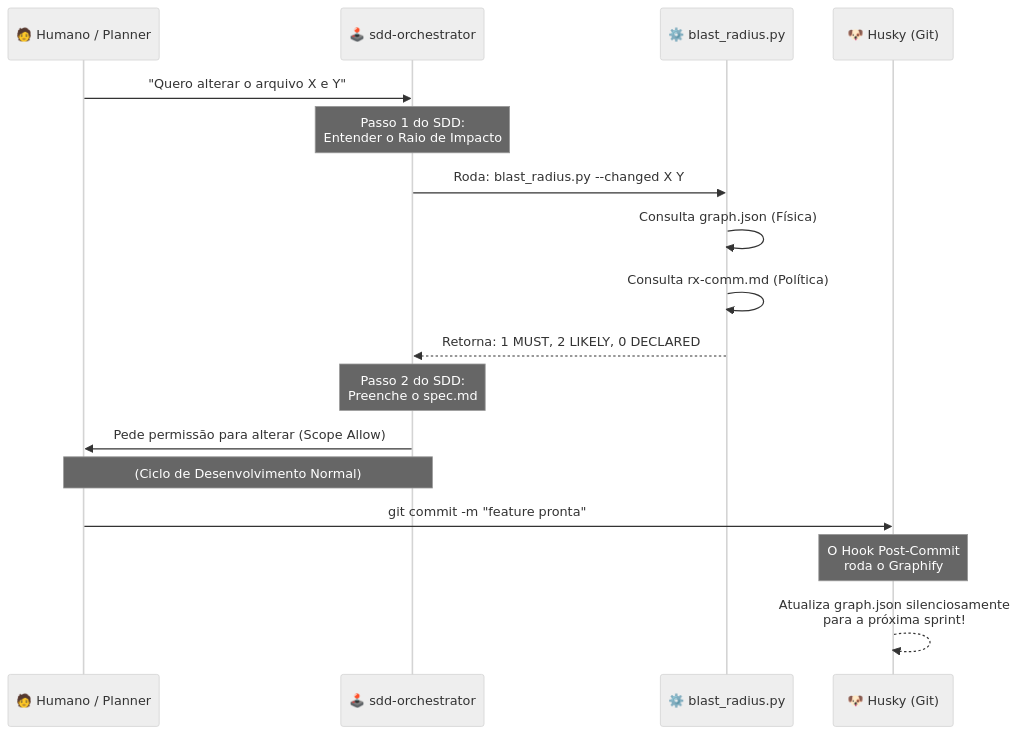
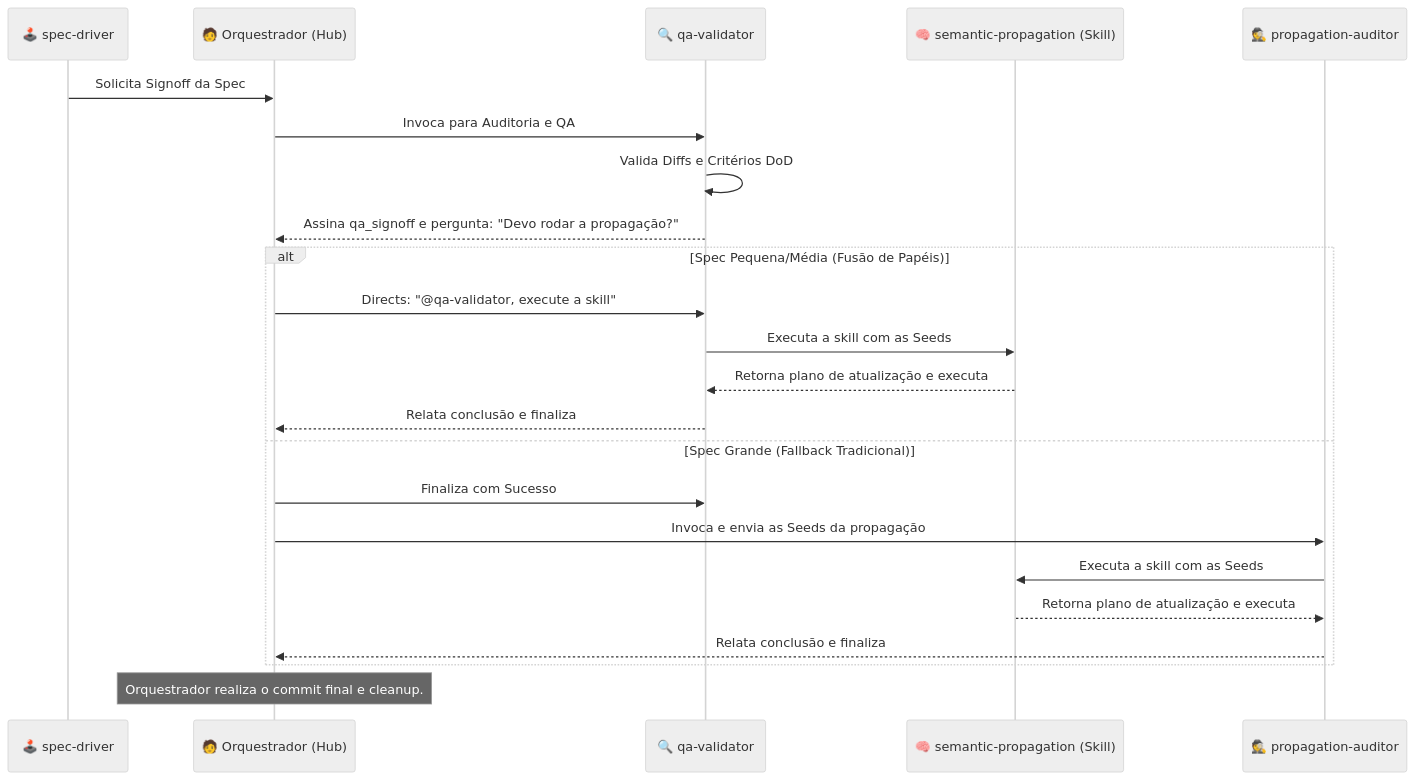
One commit to TalesAvancini/landingpg-crm changed the second of 2 diagrams in .context/brain/FLOW_PROPAGATION.md. Above: the diagram before and after it, drawn with Mermaid (neutral theme). The commit also changed other lines of this file and 6 other files, not shown here.

Commit message:
chore(propagation): implement semantic propagation skill and orchestrator role fusion

````diff
--- a/.context/brain/FLOW_PROPAGATION.md
+++ b/.context/brain/FLOW_PROPAGATION.md
@@ -106,26 +115,28 @@
 ```mermaid
 sequenceDiagram
-    participant Dev as 🧑 Humano / Planner
-    participant SDD as 🕹️ sdd-orchestrator
-    participant Script as ⚙️ blast_radius.py
-    participant Husky as 🐶 Husky (Git)
+    participant SD as 🕹️ spec-driver
+    participant Hub as 🧑 Orquestrador (Hub)
+    participant QA as 🔍 qa-validator
+    participant Skill as 🧠 semantic-propagation (Skill)
+    participant Aud as 🕵️ propagation-auditor
 
-    Dev->>SDD: "Quero alterar o arquivo X e Y"
-    Note over SDD: Passo 1 do SDD:<br/>Entender o Raio de Impacto
+    SD->>Hub: Solicita Signoff da Spec
+    Hub->>QA: Invoca para Auditoria e QA
+    QA->>QA: Valida Diffs e Critérios DoD
+    QA-->>Hub: Assina qa_signoff e pergunta: "Devo rodar a propagação?"
     
-    SDD->>Script: Roda: blast_radius.py --changed X Y
+    alt Spec Pequena/Média (Fusão de Papéis)
+        Hub->>QA: Directs: "@qa-validator, execute a skill"
+        QA->>Skill: Executa a skill com as Seeds
+        Skill-->>QA: Retorna plano de atualização e executa
+        QA-->>Hub: Relata conclusão e finaliza
+    else Spec Grande (Fallback Tradicional)
+        Hub->>QA: Finaliza com Sucesso
+        Hub->>Aud: Invoca e envia as Seeds da propagação
+        Aud->>Skill: Executa a skill com as Seeds
+        Skill-->>Aud: Retorna plano de atualização e executa
+        Aud-->>Hub: Relata conclusão e finaliza
+    end
     
-    Script->>Script: Consulta graph.json (Física)
-    Script->>Script: Consulta rx-comm.md (Política)
-    
-    Script-->>SDD: Retorna: 1 MUST, 2 LIKELY, 0 DECLARED
-    
-    Note over SDD: Passo 2 do SDD:<br/>Preenche o spec.md
-    SDD->>Dev: Pede permissão para alterar (Scope Allow)
-    
-    Note over Dev,SDD: (Ciclo de Desenvolvimento Normal)
-    
-    Dev->>Husky: git commit -m "feature pronta"
-    Note over Husky: O Hook Post-Commit<br/>roda o Graphify
-    Husky-->>Husky: Atualiza graph.json silenciosamente<br/>para a próxima sprint!
+    Note over Hub: Orquestrador realiza o commit final e cleanup.
 ```
````
